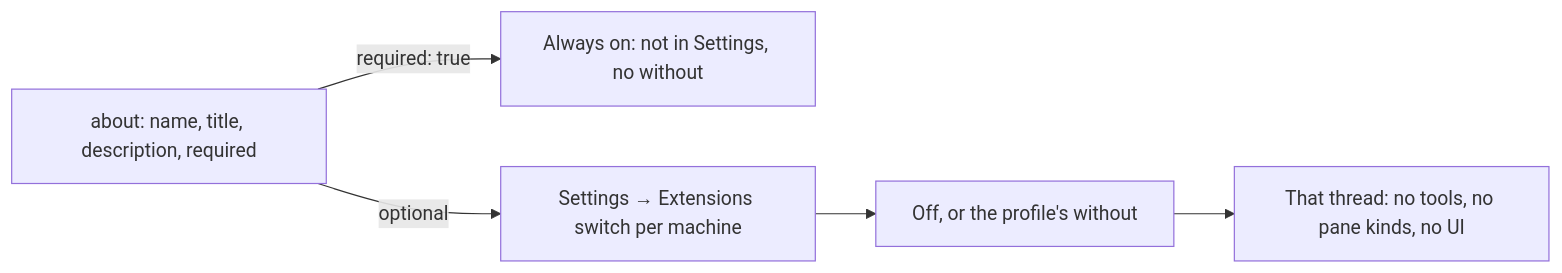
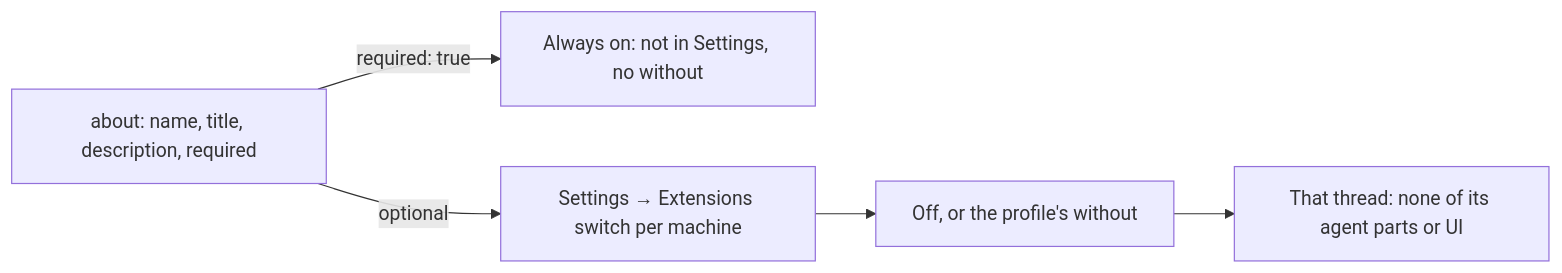
One commit to githubnext/superego changed the diagram in docs/writing-extensions/required.mmd. Above: the diagram before and after it, drawn with Mermaid. The commit also changed 6 other files, not shown here.

Commit message:
Fix the guide's example and the required diagram; describe shared, deferred and UI-only extensions

```diff
--- a/docs/writing-extensions/required.mmd
+++ b/docs/writing-extensions/required.mmd
@@ -1,6 +1,6 @@
 flowchart LR
   about["about: name, title, description, required"]
   about -->|"required: true"| req["Always on: not in Settings, no without"]
   about -->|optional| opt["Settings → Extensions switch per machine"]
   opt --> off["Off, or the profile's without"]
-  off --> gone["That thread: no tools, no pane kinds, no UI"]
+  off --> gone["That thread: none of its agent parts or UI"]
```
